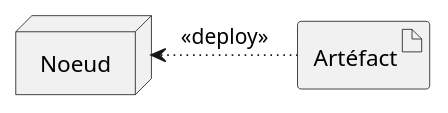
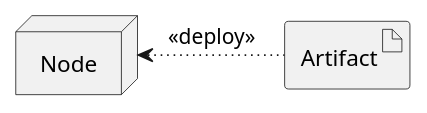
The diagram in plant_uml/deployRelationExample.plantuml (gigl-uml/Guide_uml_polymtl), drawn with PlantUML before and after one commit. The commit also changed 17 other files, not shown here.

Commit message:
Added deployment section of deployment diagram

```diff
--- a/plant_uml/deployRelationExample.plantuml
+++ b/plant_uml/deployRelationExample.plantuml
@@ -1,8 +1,8 @@
 @startuml
 
-node Noeud 
-artifact Artéfact
+node Node
+artifact Artifact
 
-Noeud <-[dotted]r- Artéfact: <<deploy>>
+Node <-[dotted]r- Artifact: <<deploy>>
 
 @enduml
```
